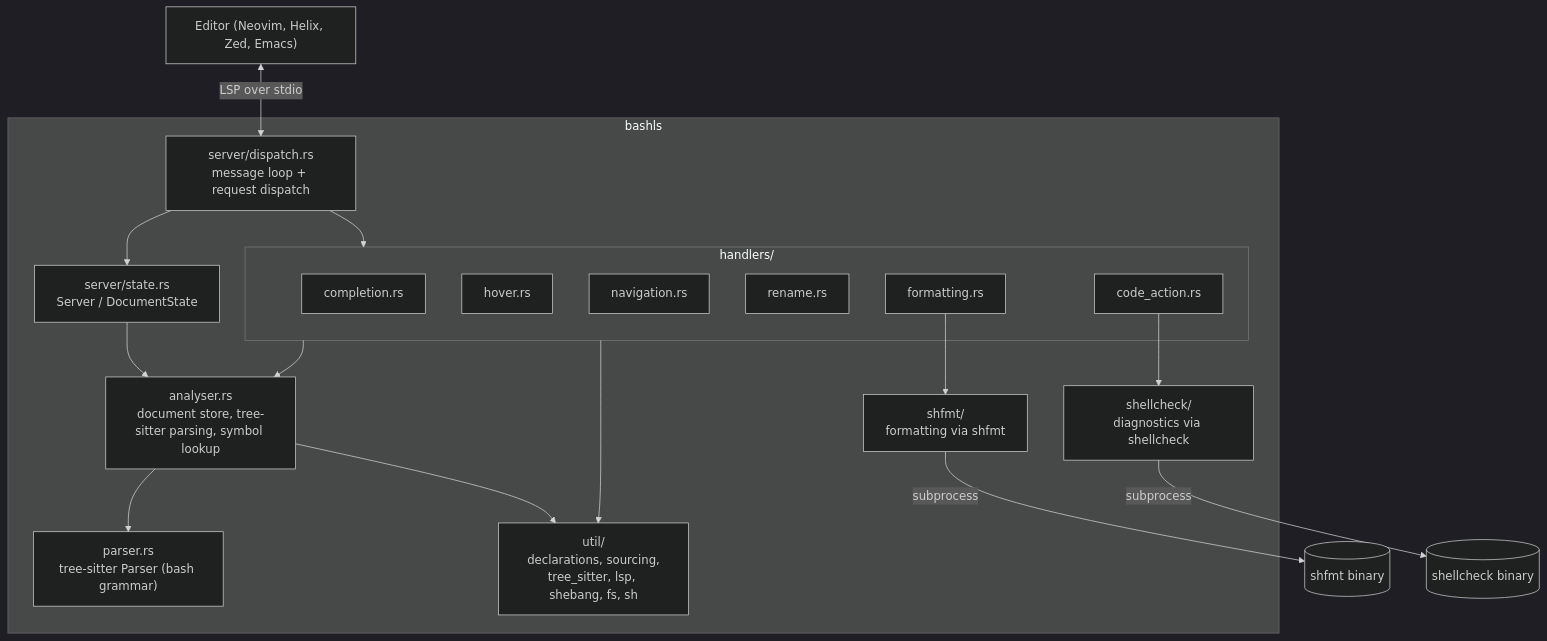
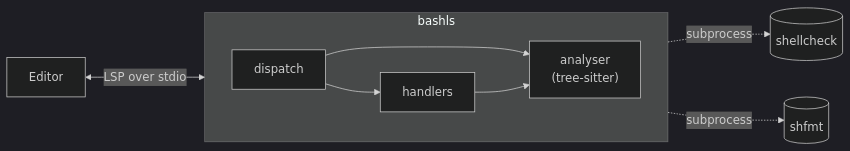
The diagram in REFERENCE.md (k8s-1/bashls), drawn with Mermaid (dark theme) before and after one commit. The commit also changed other lines of this file and 1 other file, not shown here.

Commit message:
docs: add Vim support, simplify architecture diagram
Add a Vim (vim-lsp) editor-support section. Merge the "Folder
structure" and "Architecture diagram" sections into one "Architecture
and Structure" heading in REFERENCE.md, and simplify the diagram to
the high-level message flow instead of listing every file.

````diff
--- a/REFERENCE.md
+++ b/REFERENCE.md
@@ -20,37 +18,14 @@
 ```mermaid
-flowchart TD
-    Editor["Editor (Neovim, Helix, Zed, Emacs)"] <-->|LSP over stdio| Dispatch
+flowchart LR
+    Editor["Editor"] <-->|LSP over stdio| Server
 
-    subgraph bashls
-        Dispatch["server/dispatch.rs<br/>message loop + request dispatch"]
-        State["server/state.rs<br/>Server / DocumentState"]
-        Analyser["analyser.rs<br/>document store, tree-sitter parsing, symbol lookup"]
-        Parser["parser.rs<br/>tree-sitter Parser (bash grammar)"]
-
-        Dispatch --> State
-        Dispatch --> Handlers
-        State --> Analyser
-        Analyser --> Parser
-
-        subgraph Handlers["handlers/"]
-            Completion[completion.rs]
-            Hover[hover.rs]
-            Navigation[navigation.rs]
-            Rename[rename.rs]
-            CodeAction[code_action.rs]
-            Formatting[formatting.rs]
-        end
-
+    subgraph Server["bashls"]
+        direction LR
+        Dispatch["dispatch"] --> Analyser["analyser<br/>(tree-sitter)"]
+        Dispatch --> Handlers["handlers"]
         Handlers --> Analyser
-
-        Formatting --> Shfmt["shfmt/<br/>formatting via shfmt"]
-        CodeAction --> Shellcheck["shellcheck/<br/>diagnostics via shellcheck"]
-
-        Util["util/<br/>declarations, sourcing,<br/>tree_sitter, lsp, shebang, fs, sh"]
-        Analyser --> Util
-        Handlers --> Util
     end
 
-    Shfmt -->|subprocess| ShfmtBin[(shfmt binary)]
-    Shellcheck -->|subprocess| ShellcheckBin[(shellcheck binary)]
+    Handlers -.->|subprocess| Shellcheck[(shellcheck)]
+    Handlers -.->|subprocess| Shfmt[(shfmt)]
 ```
````
